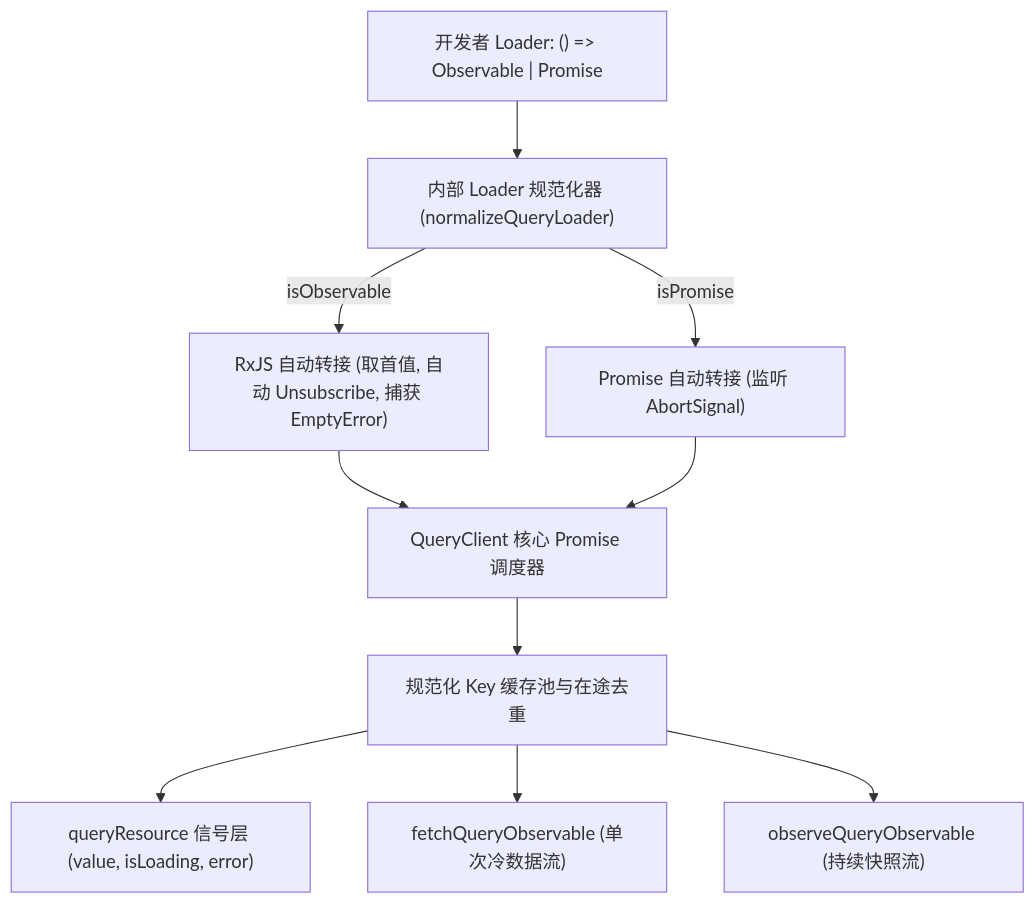
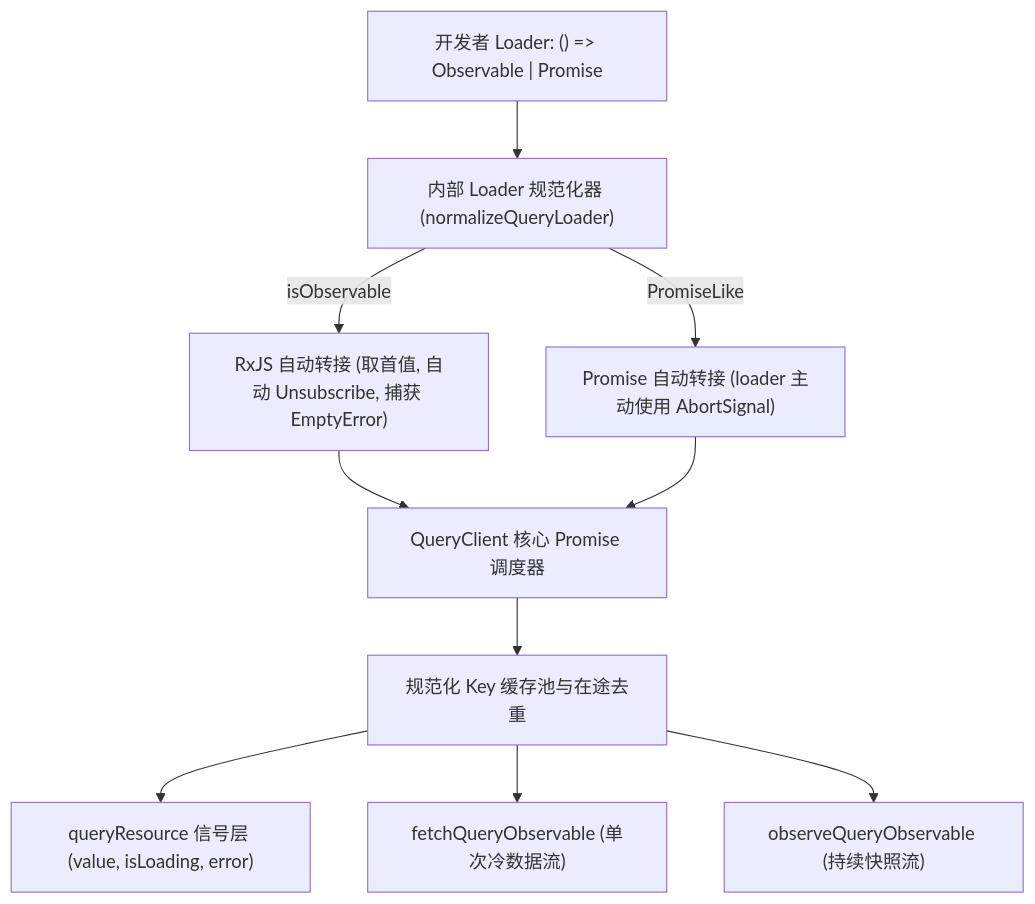
The diagram in docs/design/query-api-dx-proposal.zh-CN.md (wghglory/ngx-lift-workspace), drawn with Mermaid before and after one commit. The commit also changed other lines of this file and 1 other file, not shown here.

````diff
--- a/docs/design/query-api-dx-proposal.zh-CN.md
+++ b/docs/design/query-api-dx-proposal.zh-CN.md
@@ -1058,12 +1061,12 @@
 ```mermaid
 flowchart TD
   UserLoader["开发者 Loader: () => Observable<T> | Promise<T>"] --> Normalizer["内部 Loader 规范化器 (normalizeQueryLoader)"]
   Normalizer -->|isObservable| RxAdapter["RxJS 自动转接 (取首值, 自动 Unsubscribe, 捕获 EmptyError)"]
-  Normalizer -->|isPromise| PromiseAdapter["Promise 自动转接 (监听 AbortSignal)"]
+  Normalizer -->|PromiseLike| PromiseAdapter["Promise 自动转接 (loader 主动使用 AbortSignal)"]
   RxAdapter --> Engine["QueryClient 核心 Promise 调度器"]
   PromiseAdapter --> Engine
   Engine --> Cache["规范化 Key 缓存池与在途去重"]
   Cache --> Signals["queryResource 信号层 (value, isLoading, error)"]
   Cache --> FetchObs["fetchQueryObservable (单次冷数据流)"]
   Cache --> ObserveObs["observeQueryObservable (持续快照流)"]
 ```
````
